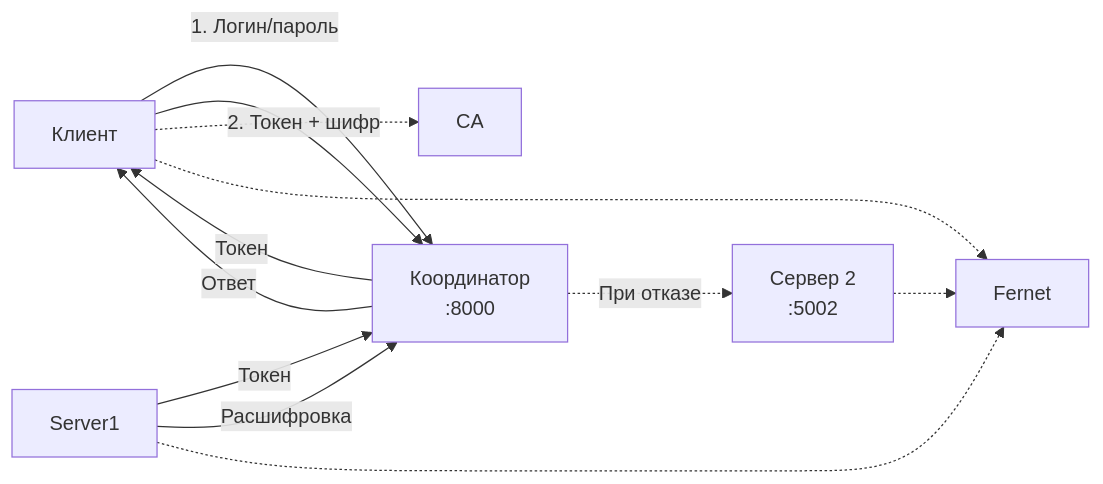
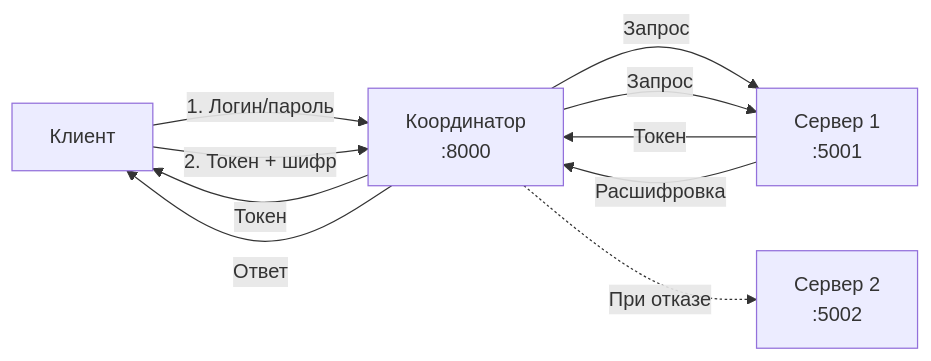
One commit to ChumakovOA/distributed-systems changed the diagram in lab_04/lab_04.md. Above: the diagram before and after it, drawn with Mermaid.

````diff
--- a/lab_04/lab_04.md
+++ b/lab_04/lab_04.md
@@ -25,16 +25,14 @@
 ```mermaid
 flowchart LR
     Client[Клиент] -->|1. Логин/пароль| Coord[Координатор<br/>:8000]
+    Coord -->|Запрос| Server1[Сервер 1<br/>:5001]
     Server1 -->|Токен| Coord
     Coord -->|Токен| Client
 
     Client -->|2. Токен + шифр| Coord
+    Coord -->|Запрос| Server1
     Server1 -->|Расшифровка| Coord
     Coord -->|Ответ| Client
 
     Coord -.->|При отказе| Server2[Сервер 2<br/>:5002]
-    Client -.-> CA
-    Client -.-> Fernet
-    Server1 -.-> Fernet
-    Server2 -.-> Fernet
 ```
````
